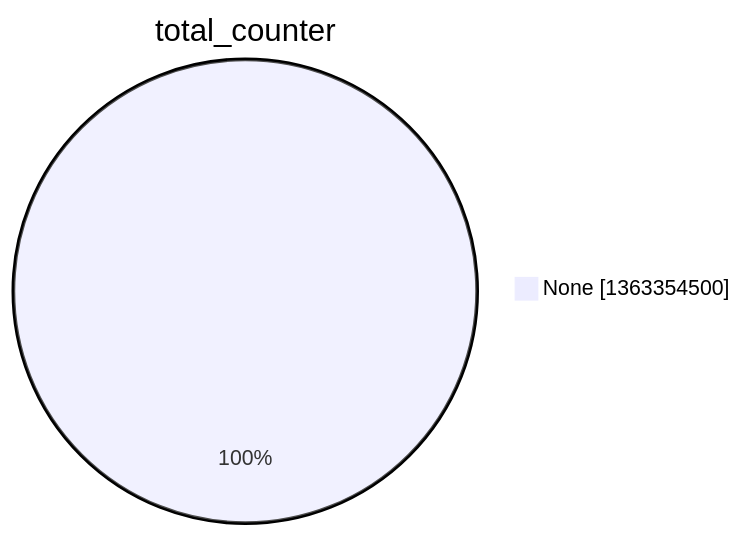
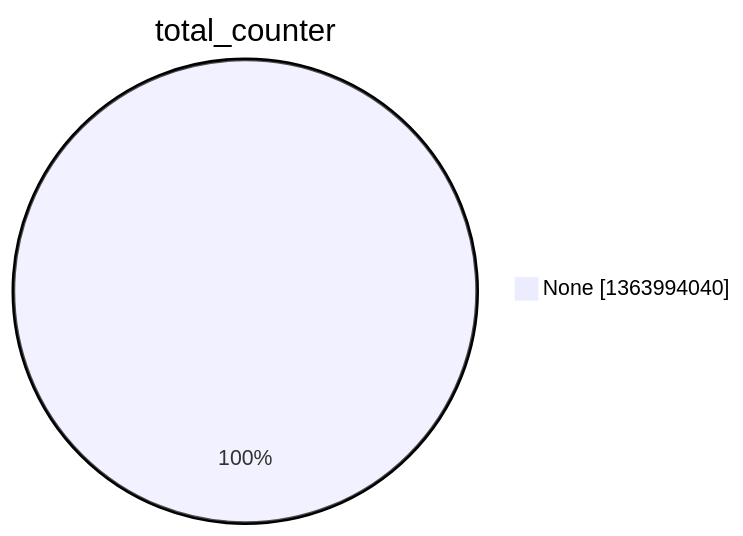
Before and after one commit to christiankrug/ctmonitor_visualization: the second of 15 diagrams in argon2022/README.md, drawn with Mermaid. The commit also changed other lines of this file, not shown here.

````diff
--- a/argon2022/README.md
+++ b/argon2022/README.md
@@ -9,5 +9,5 @@
 ```mermaid
 pie showData
 title total_counter
-"None" :1363354500
+"None" :1363994040
 ```
````
